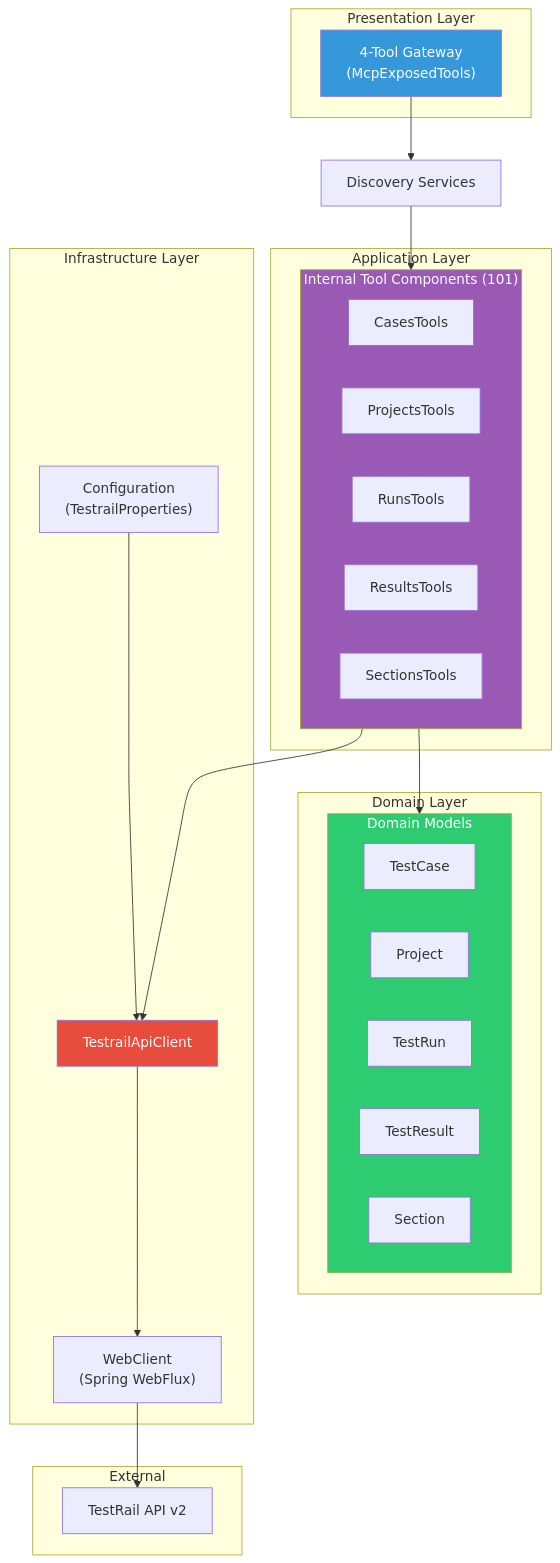
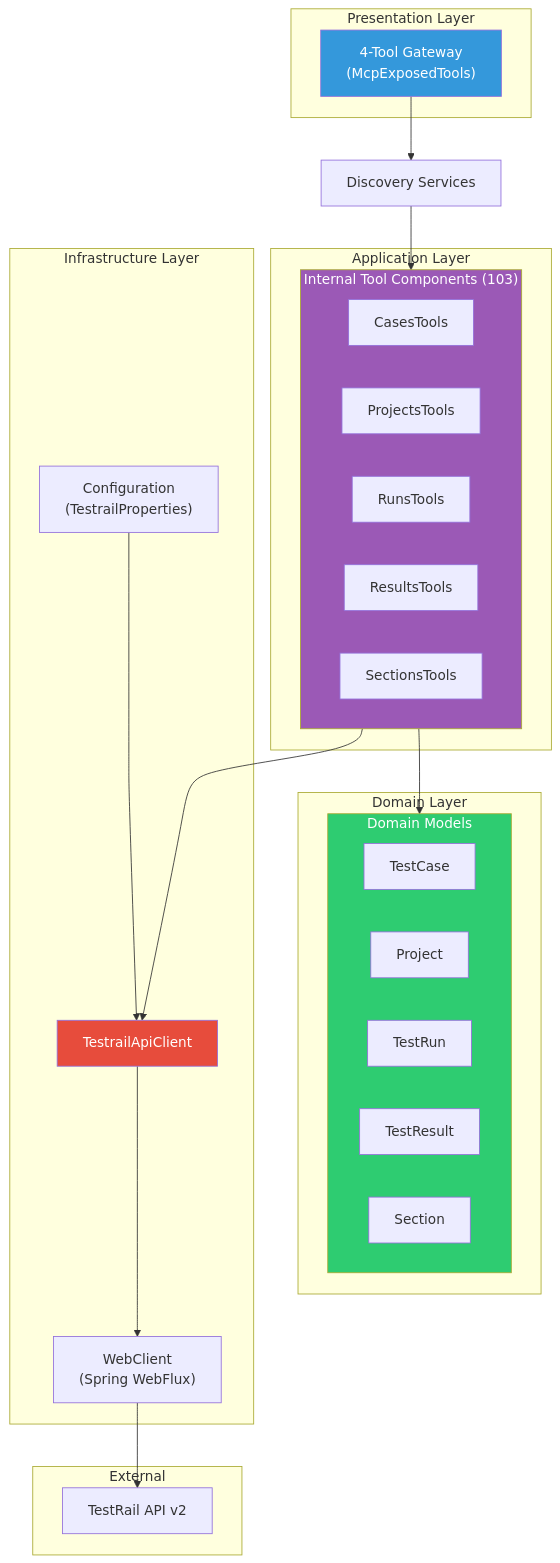
Before and after one commit to maheshyaddanapudi/testrail-mcp-server: the third of 13 diagrams in docs/ARCHITECTURE.md, drawn with Mermaid. The commit also changed other lines of this file and 2 other files, not shown here.

Commit message:
docs: fix clone URL, tool count, TOC, examples, and license note

````diff
--- a/docs/ARCHITECTURE.md
+++ b/docs/ARCHITECTURE.md
@@ -148,51 +148,51 @@
 ```mermaid
 flowchart TB
     subgraph Presentation["Presentation Layer"]
         MCP["4-Tool Gateway<br/>(McpExposedTools)"]
     end
 
     subgraph Application["Application Layer"]
-        subgraph Tools["Internal Tool Components (101)"]
+        subgraph Tools["Internal Tool Components (103)"]
             direction LR
             CasesTools["CasesTools"]
             ProjectsTools["ProjectsTools"]
             RunsTools["RunsTools"]
             ResultsTools["ResultsTools"]
             SectionsTools["SectionsTools"]
         end
     end
 
     subgraph Domain["Domain Layer"]
         subgraph Models["Domain Models"]
             direction LR
             TestCase["TestCase"]
             Project["Project"]
             TestRun["TestRun"]
             TestResult["TestResult"]
             Section["Section"]
         end
     end
 
     subgraph Infrastructure["Infrastructure Layer"]
         ApiClient["TestrailApiClient"]
         WebClient["WebClient<br/>(Spring WebFlux)"]
         Config["Configuration<br/>(TestrailProperties)"]
     end
 
     subgraph External["External"]
         TestRailAPI["TestRail API v2"]
     end
 
     MCP --> DiscoveryServices[Discovery Services]
         DiscoveryServices --> Tools
     Tools --> Models
     Tools --> ApiClient
     ApiClient --> WebClient
     Config --> ApiClient
     WebClient --> TestRailAPI
 
     style MCP fill:#3498db,color:#fff
     style Tools fill:#9b59b6,color:#fff
     style Models fill:#2ecc71,color:#fff
     style ApiClient fill:#e74c3c,color:#fff
 ```
````
